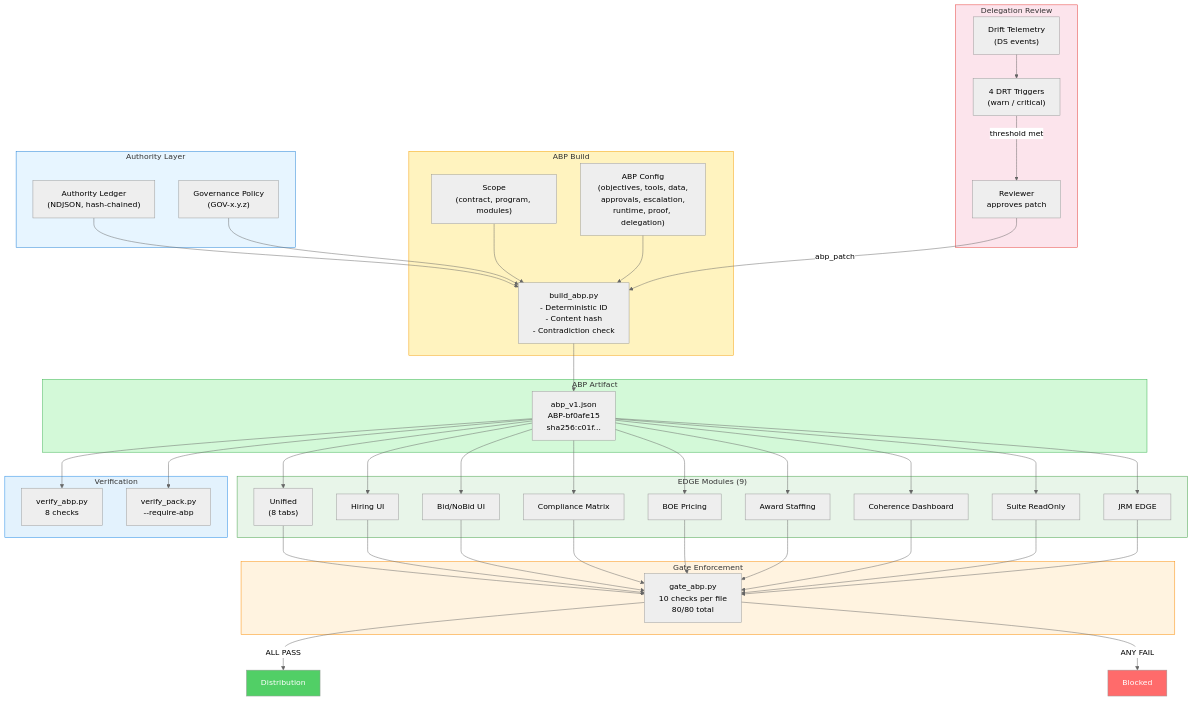
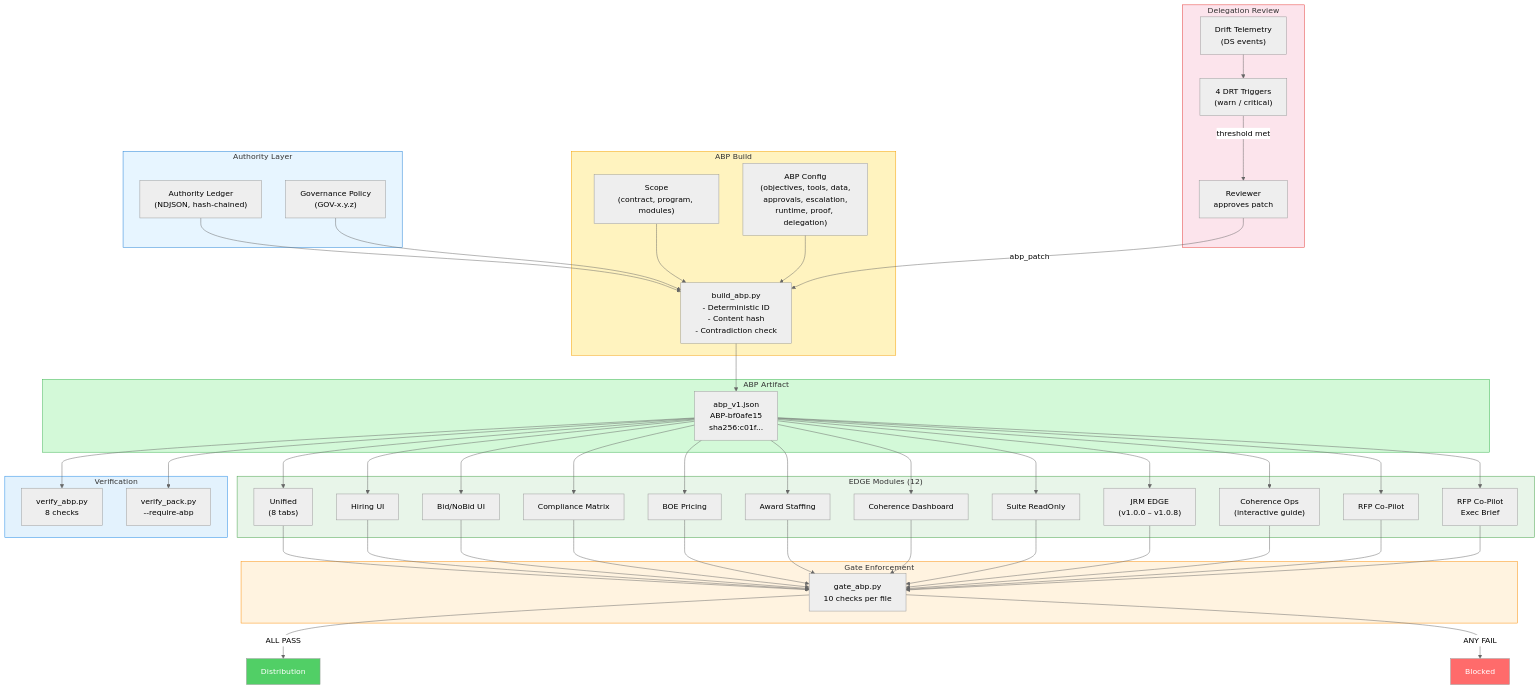
The diagram in edge/README.md (8ryanWh1t3/DeepSigma), drawn with Mermaid (neutral theme) before and after one commit. The commit also changed other lines of this file, not shown here.

Commit message:
docs: update EDGE README with all 12 modules
Add JRM EDGE v1.0.4–v1.0.8, Coherence Ops v1.0.0, and RFP Co-Pilot
modules to inventory table, architecture diagram, and wiki references.

````diff
--- a/edge/README.md
+++ b/edge/README.md
@@ -29,73 +29,76 @@
 ```mermaid
 flowchart TD
     subgraph Authority["Authority Layer"]
         LEDGER["Authority Ledger\n(NDJSON, hash-chained)"]
         POLICY["Governance Policy\n(GOV-x.y.z)"]
     end
 
     subgraph Build["ABP Build"]
         SCOPE["Scope\n(contract, program, modules)"]
         CONFIG["ABP Config\n(objectives, tools, data,\napprovals, escalation,\nruntime, proof, delegation)"]
         BUILDER["build_abp.py\n- Deterministic ID\n- Content hash\n- Contradiction check"]
     end
 
     subgraph Artifact["ABP Artifact"]
         ABP["abp_v1.json\nABP-bf0afe15\nsha256:c01f..."]
     end
 
-    subgraph EDGE["EDGE Modules (9)"]
+    subgraph EDGE["EDGE Modules (12)"]
         UNI["Unified\n(8 tabs)"]
         HIR["Hiring UI"]
         BID["Bid/NoBid UI"]
         CMP["Compliance Matrix"]
         BOE["BOE Pricing"]
         AWD["Award Staffing"]
         COH["Coherence Dashboard"]
         SRO["Suite ReadOnly"]
-        JRM["JRM EDGE"]
+        JRM["JRM EDGE\n(v1.0.0 – v1.0.8)"]
+        COPS["Coherence Ops\n(interactive guide)"]
+        RFP["RFP Co-Pilot"]
+        RFPX["RFP Co-Pilot\nExec Brief"]
     end
 
     subgraph Gate["Gate Enforcement"]
-        GATE["gate_abp.py\n10 checks per file\n80/80 total"]
+        GATE["gate_abp.py\n10 checks per file"]
     end
 
     subgraph Verify["Verification"]
         VABP["verify_abp.py\n8 checks"]
         VPACK["verify_pack.py\n--require-abp"]
     end
 
     subgraph Reassess["Delegation Review"]
         DRIFT["Drift Telemetry\n(DS events)"]
         TRIGGER["4 DRT Triggers\n(warn / critical)"]
         REVIEW["Reviewer\napproves patch"]
     end
 
     LEDGER --> BUILDER
     POLICY --> BUILDER
     SCOPE --> BUILDER
     CONFIG --> BUILDER
     BUILDER --> ABP
 
-    ABP --> UNI & HIR & BID & CMP & BOE & AWD & COH & SRO & JRM
+    ABP --> UNI & HIR & BID & CMP & BOE & AWD & COH & SRO & JRM & COPS & RFP & RFPX
 
-    UNI & HIR & BID & CMP & BOE & AWD & COH & SRO & JRM --> GATE
+    UNI & HIR & BID & CMP & BOE & AWD & COH & SRO & JRM & COPS & RFP & RFPX --> GATE
     GATE -->|"ALL PASS"| DIST["Distribution"]
     GATE -->|"ANY FAIL"| BLOCK["Blocked"]
 
     ABP --> VABP
     ABP --> VPACK
 
     DRIFT --> TRIGGER
     TRIGGER -->|"threshold met"| REVIEW
     REVIEW -->|"abp_patch"| BUILDER
 
     style Authority fill:#e7f5ff,stroke:#1c7ed6
     style Build fill:#fff3bf,stroke:#f59f00
     style Artifact fill:#d3f9d8,stroke:#37b24d
     style EDGE fill:#e8f5e9,stroke:#43a047
     style Gate fill:#fff3e0,stroke:#fb8c00
     style Verify fill:#e3f2fd,stroke:#1e88e5
     style Reassess fill:#fce4ec,stroke:#e53935
     style BLOCK fill:#ff6b6b,color:#fff
     style DIST fill:#51cf66,color:#fff
 ```
````
